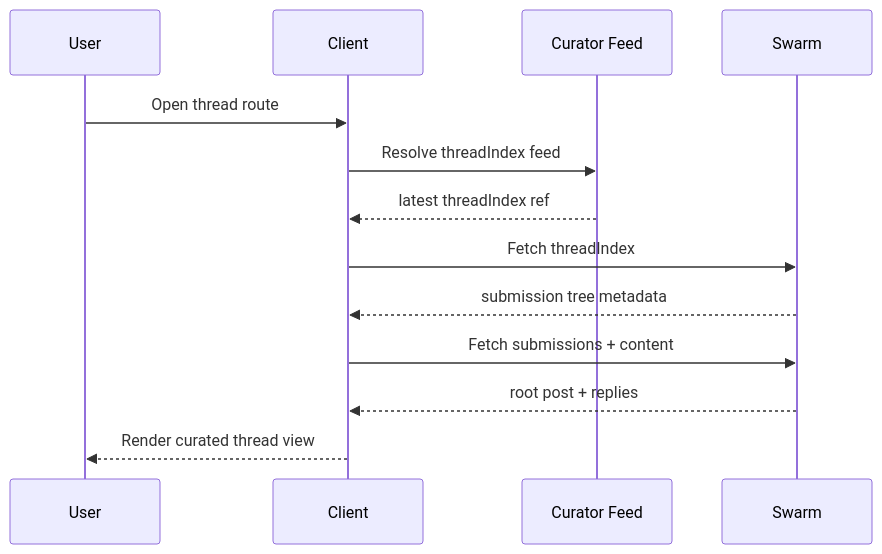
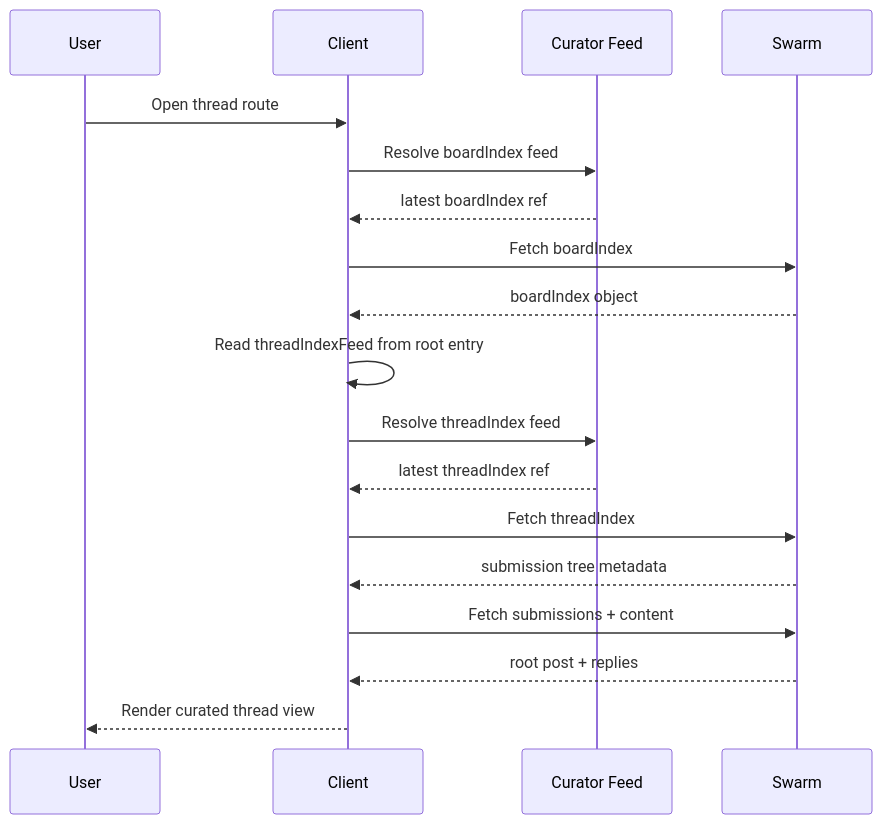
The second of 4 diagrams in docs/swarm-message-board-v1-spec.md (flotob/swarmit), drawn with Mermaid before and after one commit. The commit also changed other lines of this file and 10 other files, not shown here.

First line of the commit message:
feat: add board and thread views with curator fallthrough (WP8)

````diff
--- a/docs/swarm-message-board-v1-spec.md
+++ b/docs/swarm-message-board-v1-spec.md
@@ -744,16 +761,21 @@
 ```mermaid
 sequenceDiagram
   participant U as User
   participant C as Client
   participant F as Curator Feed
   participant S as Swarm
 
   U->>C: Open thread route
+  C->>F: Resolve boardIndex feed
+  F-->>C: latest boardIndex ref
+  C->>S: Fetch boardIndex
+  S-->>C: boardIndex object
+  C->>C: Read threadIndexFeed from root entry
   C->>F: Resolve threadIndex feed
   F-->>C: latest threadIndex ref
   C->>S: Fetch threadIndex
   S-->>C: submission tree metadata
   C->>S: Fetch submissions + content
   S-->>C: root post + replies
   C-->>U: Render curated thread view
 ```
````
